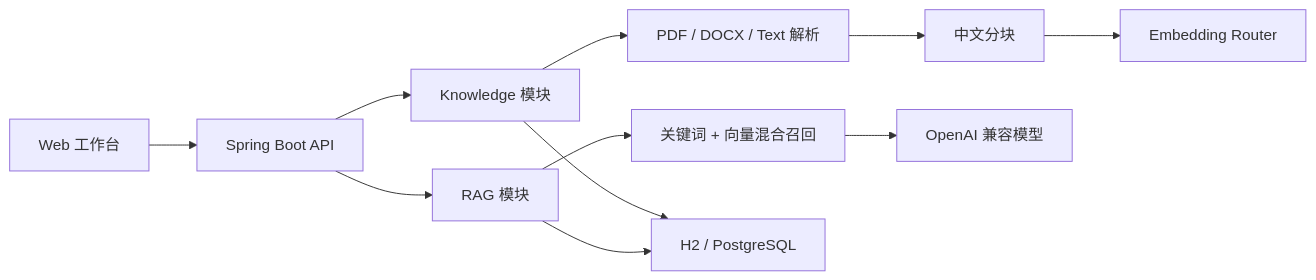
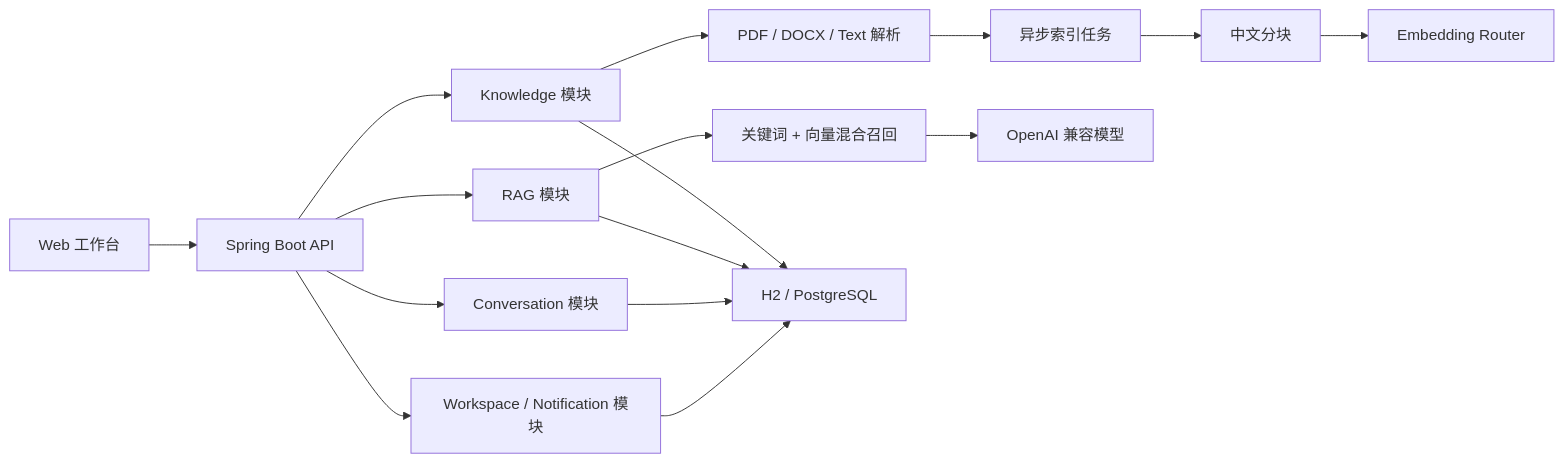
Before and after one commit to wang-zhengxin/JadeBase: the diagram in docs/architecture.md, drawn with Mermaid. The commit also changed other lines of this file and 40 other files, not shown here.

````diff
--- a/docs/architecture.md
+++ b/docs/architecture.md
@@ -5,13 +5,18 @@
 ```mermaid
 flowchart LR
     UI["Web 工作台"] --> API["Spring Boot API"]
     API --> KB["Knowledge 模块"]
     API --> RAG["RAG 模块"]
+    API --> Conversation["Conversation 模块"]
+    API --> Workspace["Workspace / Notification 模块"]
     KB --> Parser["PDF / DOCX / Text 解析"]
-    Parser --> Chunker["中文分块"]
+    Parser --> Queue["异步索引任务"]
+    Queue --> Chunker["中文分块"]
     Chunker --> Embed["Embedding Router"]
     RAG --> Retrieve["关键词 + 向量混合召回"]
     Retrieve --> Model["OpenAI 兼容模型"]
     KB --> DB["H2 / PostgreSQL"]
     RAG --> DB
+    Conversation --> DB
+    Workspace --> DB
 ```
````
